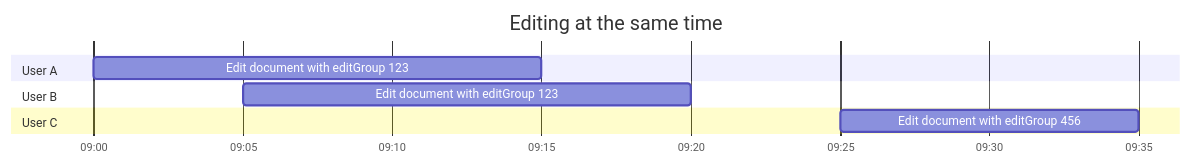
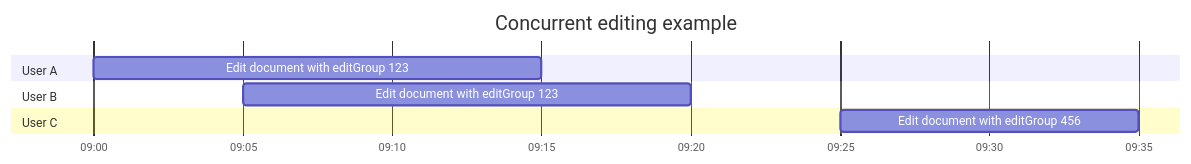
Before and after one commit to peters-axon/onlyoffice-connector: the diagram in onlyoffice-connector-product/README.md, drawn with Mermaid. The commit also changed other lines of this file, not shown here.

````diff
--- a/onlyoffice-connector-product/README.md
+++ b/onlyoffice-connector-product/README.md
@@ -80,15 +86,15 @@
 ```mermaid
 gantt
-    title Editing at the same time
+    title Concurrent editing example
     dateFormat HH:mm
     axisFormat %H:%M
 
     section User A
     Edit document with editGroup 123   :a1, 09:00, 09:15
 
     section User B
     Edit document with editGroup 123              :b1, 09:05, 09:20
 
     section User C
     Edit document with editGroup 456     :c1, 09:25, 09:35
 ```
````
